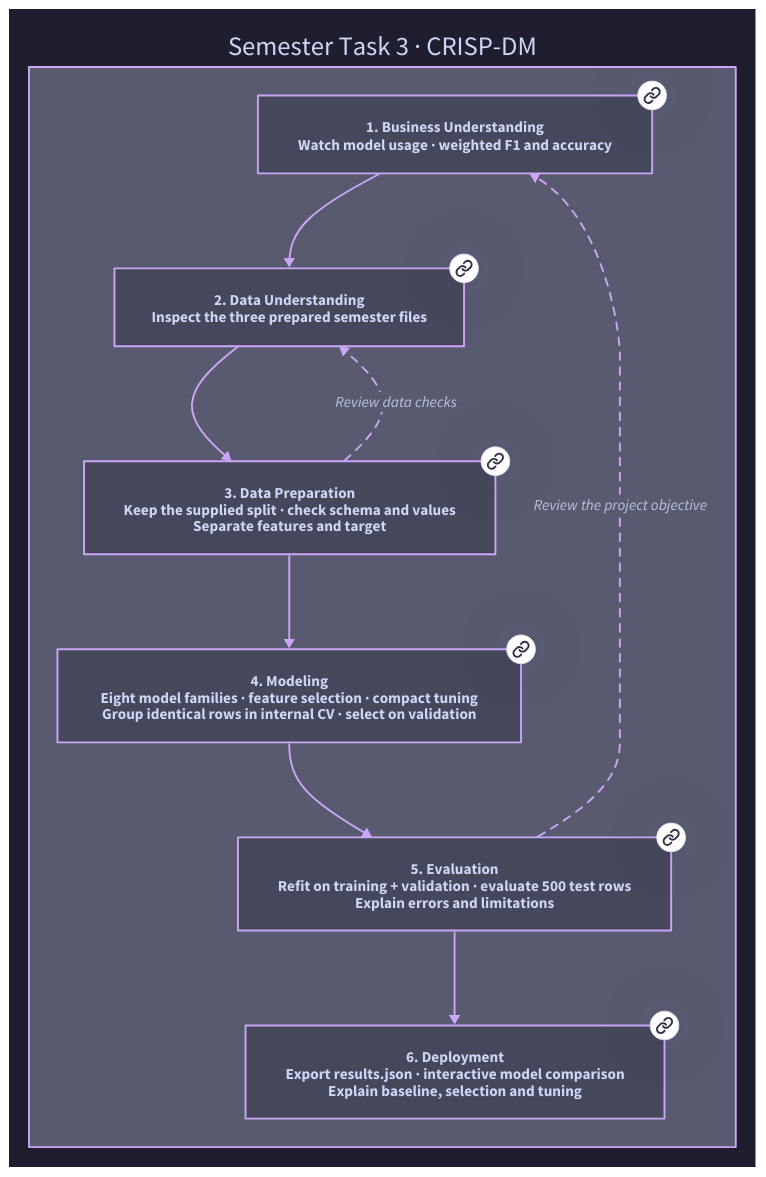
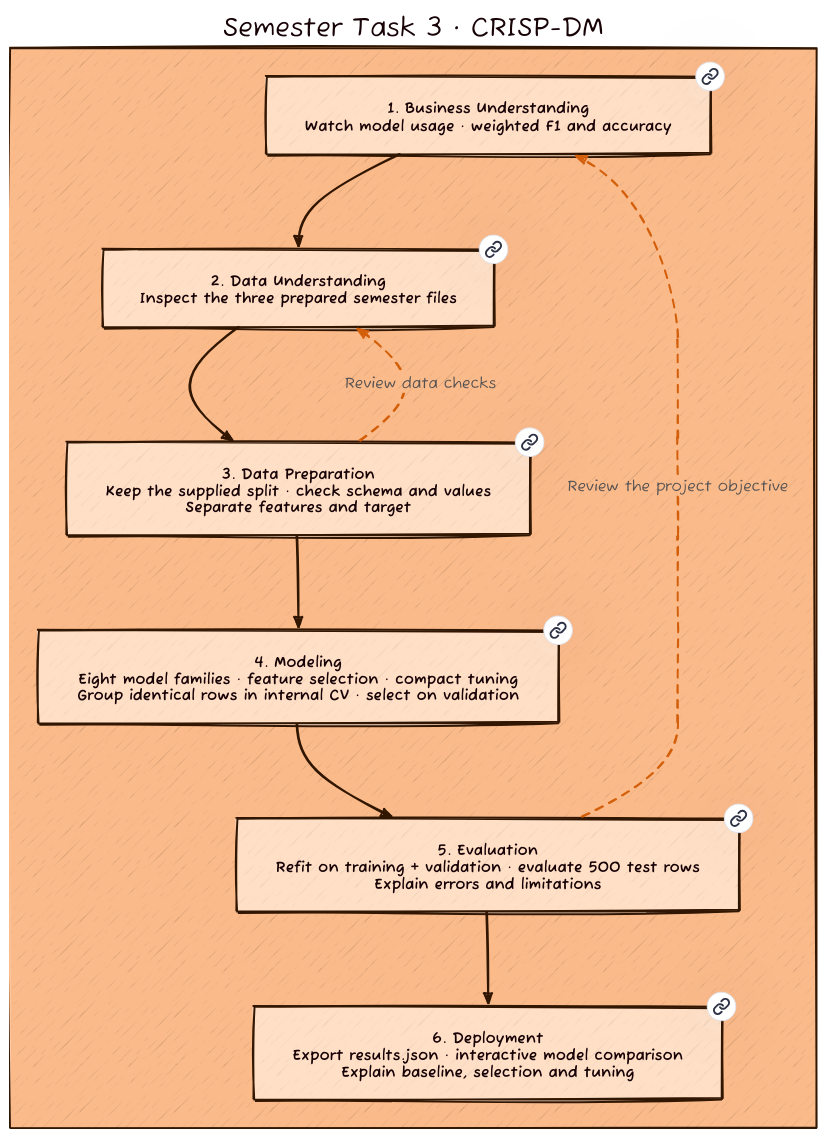
Before and after one commit to crnly/data-science-module-s4: the diagram in docs/process.d2, drawn with D2. The commit also changed 3 other files, not shown here.

Commit message:
Use Orange Creamsicle with sketch mode for D2 diagrams

```diff
--- a/docs/process.d2
+++ b/docs/process.d2
@@ -1,14 +1,14 @@
-vars: {d2-config: {layout-engine: dagre; theme-id: 200}}
+vars: {d2-config: {layout-engine: dagre; theme-id: 101; sketch: true}}
 direction: down
 process: "Semester Task 3 · CRISP-DM" {
   direction: down
   p1: "1. Business Understanding\nWatch model usage · weighted F1 and accuracy" {link: "../data_science.ipynb#phase-1"}
   p2: "2. Data Understanding\nInspect the three prepared semester files" {link: "../data_science.ipynb#phase-2"}
   p3: "3. Data Preparation\nKeep the supplied split · check schema and values\nSeparate features and target" {link: "../data_science.ipynb#phase-3"}
   p4: "4. Modeling\nEight model families · feature selection · compact tuning\nGroup identical rows in internal CV · select on validation" {link: "../data_science.ipynb#phase-4"}
   p5: "5. Evaluation\nRefit on training + validation · evaluate 500 test rows\nExplain errors and limitations" {link: "../data_science.ipynb#phase-5"}
   p6: "6. Deployment\nExport results.json · interactive model comparison\nExplain baseline, selection and tuning" {link: "../data_science.ipynb#phase-6"}
   p1 -> p2 -> p3 -> p4 -> p5 -> p6
   p3 -> p2: "Review data checks" {style.stroke-dash: 4}
   p5 -> p1: "Review the project objective" {style.stroke-dash: 4}
 }
```
